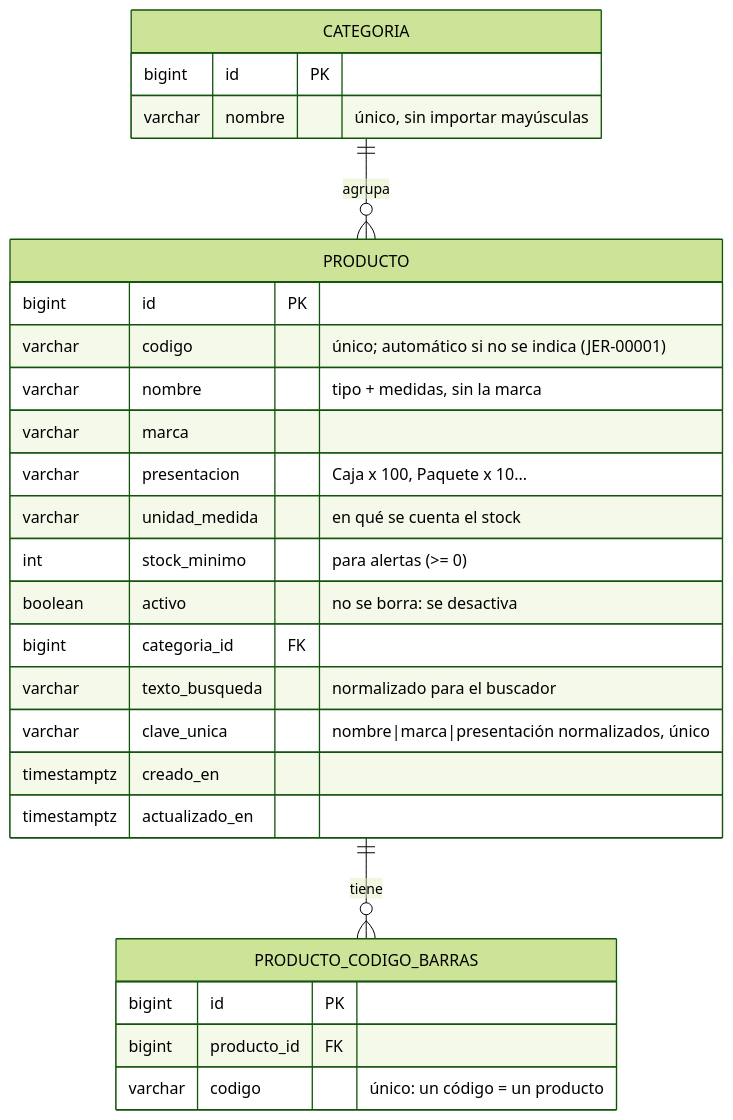
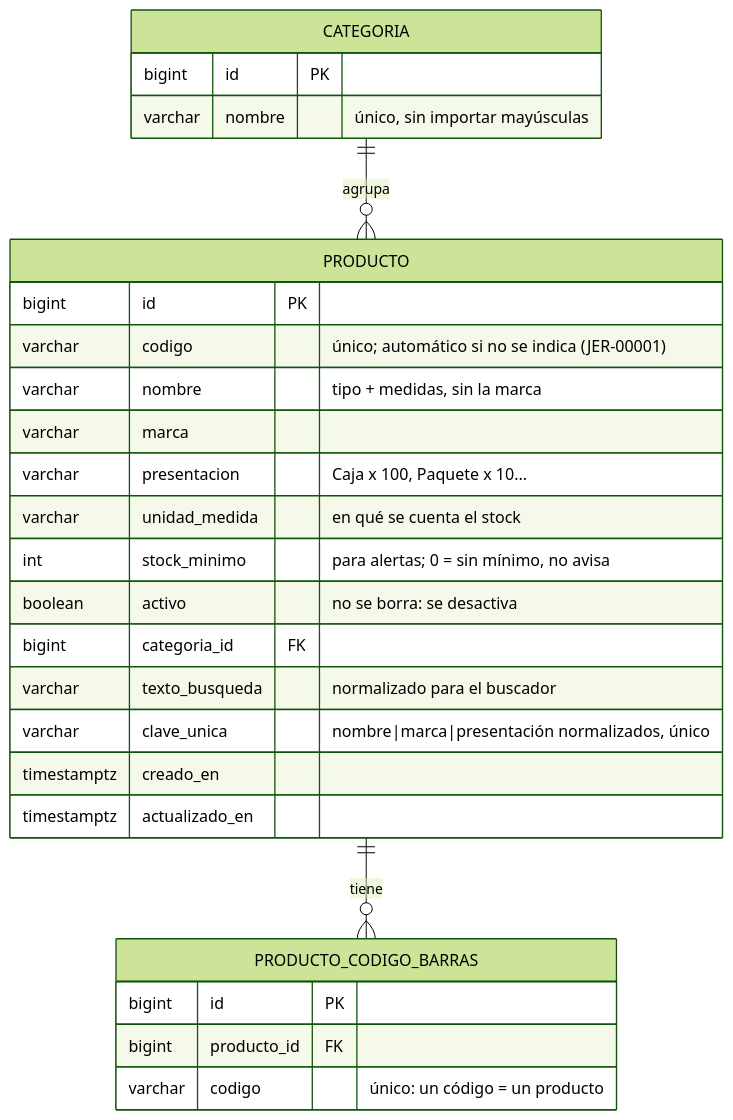
The first of 7 diagrams in docs/modelo-datos.md (EvaMoreno11/gestion-insumos-medicos), drawn with Mermaid (forest theme) before and after one commit. The commit also changed 12 other files, not shown here.

First line of the commit message:
feat: sin stock mínimo no avisa, y botón con el lote de la última compra

````diff
--- a/docs/modelo-datos.md
+++ b/docs/modelo-datos.md
@@ -7,30 +7,30 @@
 ```mermaid
 erDiagram
     CATEGORIA ||--o{ PRODUCTO : agrupa
     PRODUCTO ||--o{ PRODUCTO_CODIGO_BARRAS : tiene
 
     CATEGORIA {
         bigint id PK
         varchar nombre "único, sin importar mayúsculas"
     }
     PRODUCTO {
         bigint id PK
         varchar codigo "único; automático si no se indica (JER-00001)"
         varchar nombre "tipo + medidas, sin la marca"
         varchar marca
         varchar presentacion "Caja x 100, Paquete x 10..."
         varchar unidad_medida "en qué se cuenta el stock"
-        int stock_minimo "para alertas (>= 0)"
+        int stock_minimo "para alertas; 0 = sin mínimo, no avisa"
         boolean activo "no se borra: se desactiva"
         bigint categoria_id FK
         varchar texto_busqueda "normalizado para el buscador"
         varchar clave_unica "nombre|marca|presentación normalizados, único"
         timestamptz creado_en
         timestamptz actualizado_en
     }
     PRODUCTO_CODIGO_BARRAS {
         bigint id PK
         bigint producto_id FK
         varchar codigo "único: un código = un producto"
     }
 ```
````
